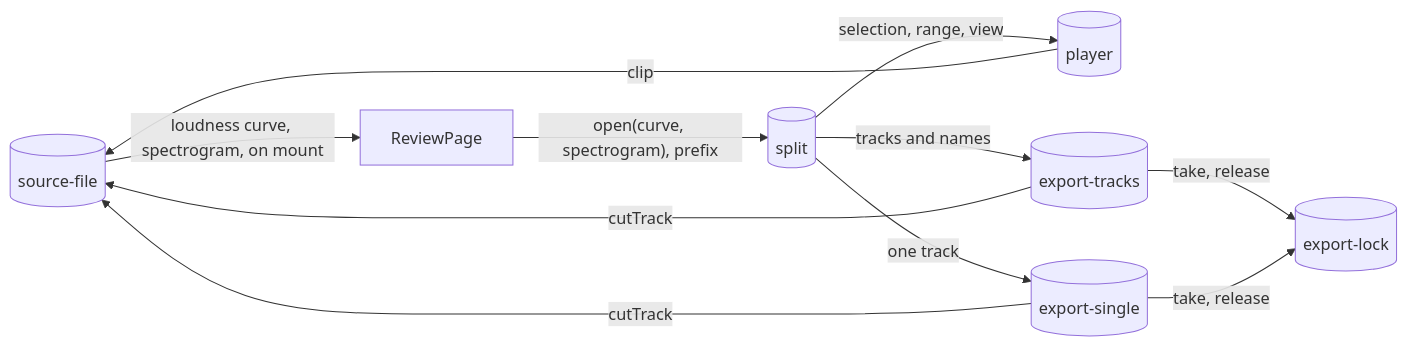
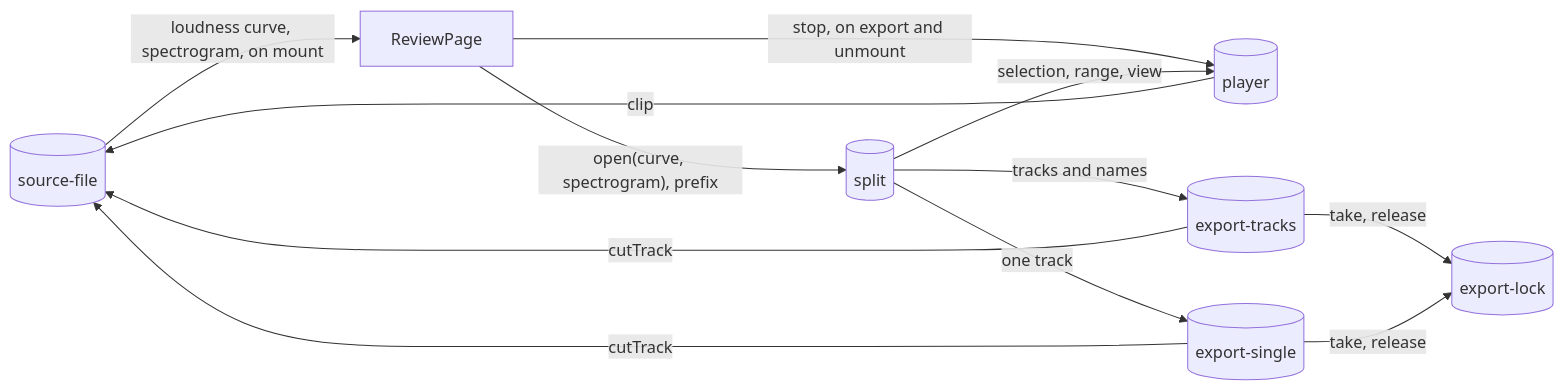
Before and after one commit to suleymanyaryev/audio-splitter: the second of 7 diagrams in docs/architecture.md, drawn with Mermaid. The commit also changed other lines of this file and 2 other files, not shown here.

First line of the commit message:
docs(readme, architecture): describe the released app and the structure only

````diff
--- a/docs/architecture.md
+++ b/docs/architecture.md
@@ -54,21 +59,22 @@
 ```mermaid
 flowchart LR
   sourceFile[("source-file")]
   split[("split")]
   player[("player")]
   exporter[("export-tracks")]
   exporterSingle[("export-single")]
   exportLock[("export-lock")]
   reviewPage["ReviewPage"]
 
   sourceFile -- "loudness curve, spectrogram, on mount" --> reviewPage
   reviewPage -- "open(curve, spectrogram), prefix" --> split
+  reviewPage -- "stop, on export and unmount" --> player
   split -- "selection, range, view" --> player
   player -- "clip" --> sourceFile
   split -- "tracks and names" --> exporter
   split -- "one track" --> exporterSingle
   exporter -- "cutTrack" --> sourceFile
   exporterSingle -- "cutTrack" --> sourceFile
   exporter -- "take, release" --> exportLock
   exporterSingle -- "take, release" --> exportLock
 ```
````
